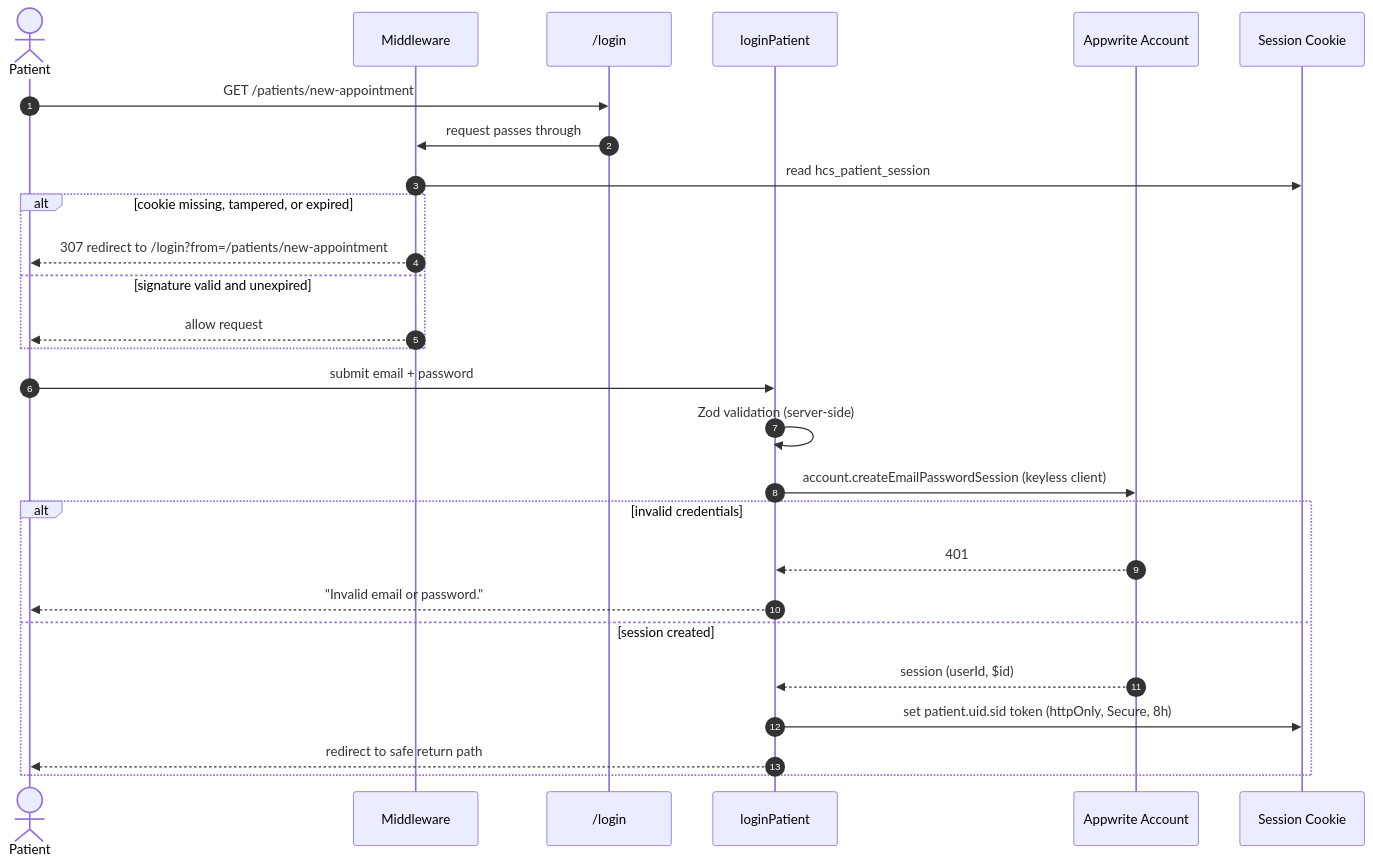
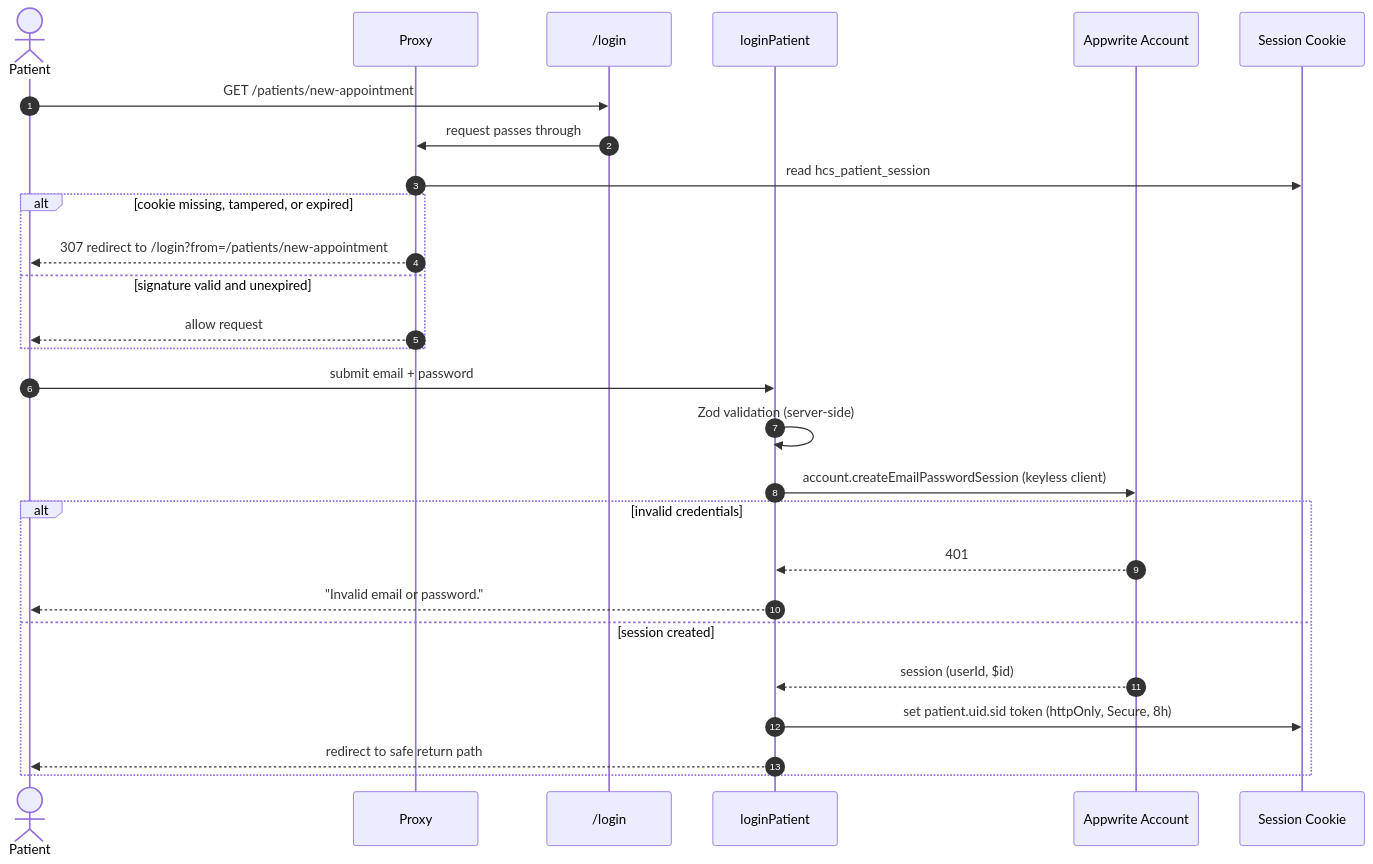
One commit to ogc16/healthcaresystem changed the seventh of 9 diagrams in README.md. Above: the diagram before and after it, drawn with Mermaid. The commit also changed other lines of this file and 16 other files, not shown here.

````diff
--- a/README.md
+++ b/README.md
@@ -298,31 +298,31 @@
 ```mermaid
 sequenceDiagram
     autonumber
     actor Patient
-    participant MW as Middleware
+    participant MW as Proxy
     participant Login as /login
     participant Action as loginPatient
     participant Appwrite as Appwrite Account
     participant Jar as Session Cookie
 
     Patient->>Login: GET /patients/new-appointment
     Login->>MW: request passes through
     MW->>Jar: read hcs_patient_session
     alt cookie missing, tampered, or expired
         MW-->>Patient: 307 redirect to /login?from=/patients/new-appointment
     else signature valid and unexpired
         MW-->>Patient: allow request
     end
 
     Patient->>Action: submit email + password
     Action->>Action: Zod validation (server-side)
     Action->>Appwrite: account.createEmailPasswordSession (keyless client)
     alt invalid credentials
         Appwrite-->>Action: 401
         Action-->>Patient: "Invalid email or password."
     else session created
         Appwrite-->>Action: session (userId, $id)
         Action->>Jar: set patient.uid.sid token (httpOnly, Secure, 8h)
         Action-->>Patient: redirect to safe return path
     end
 ```
````
